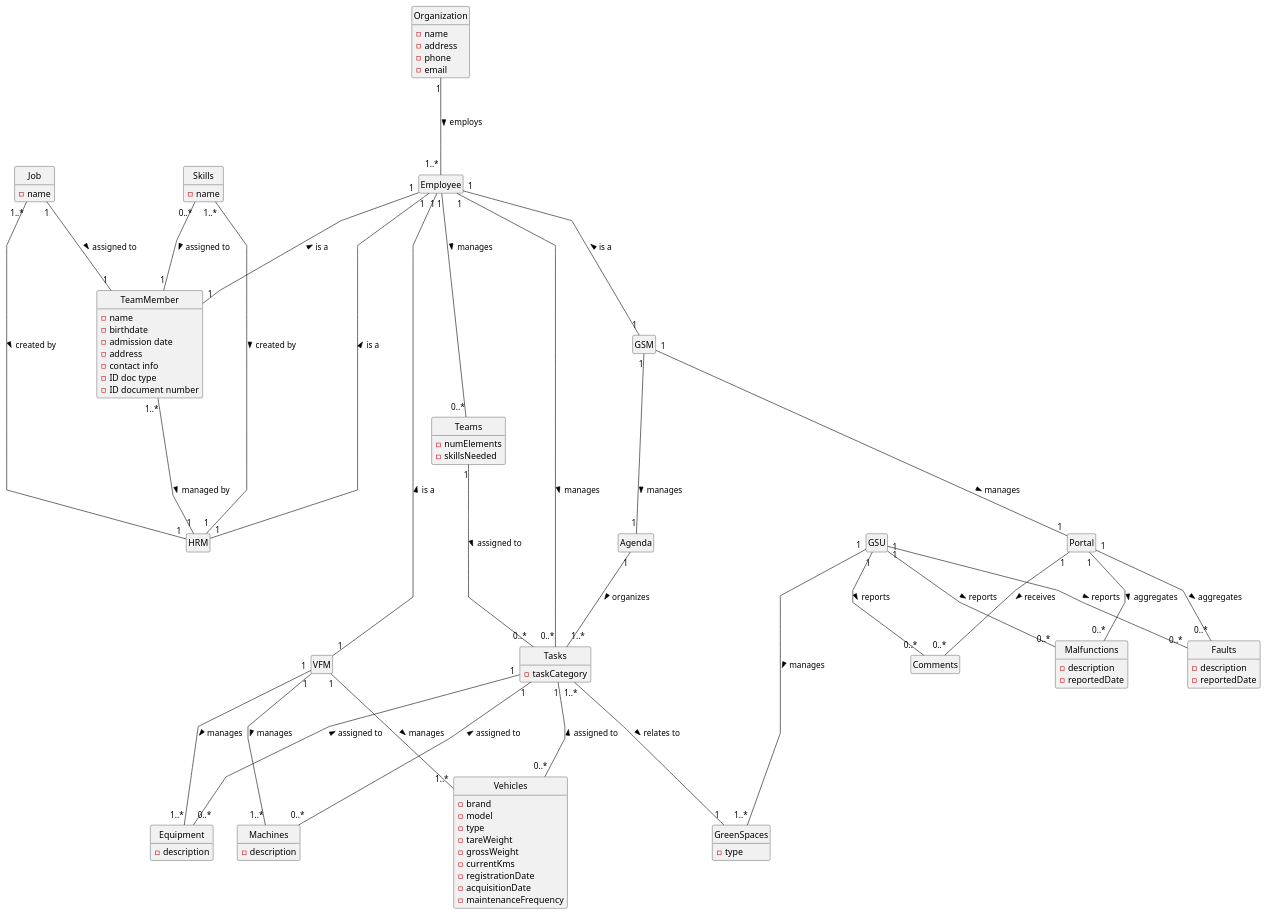
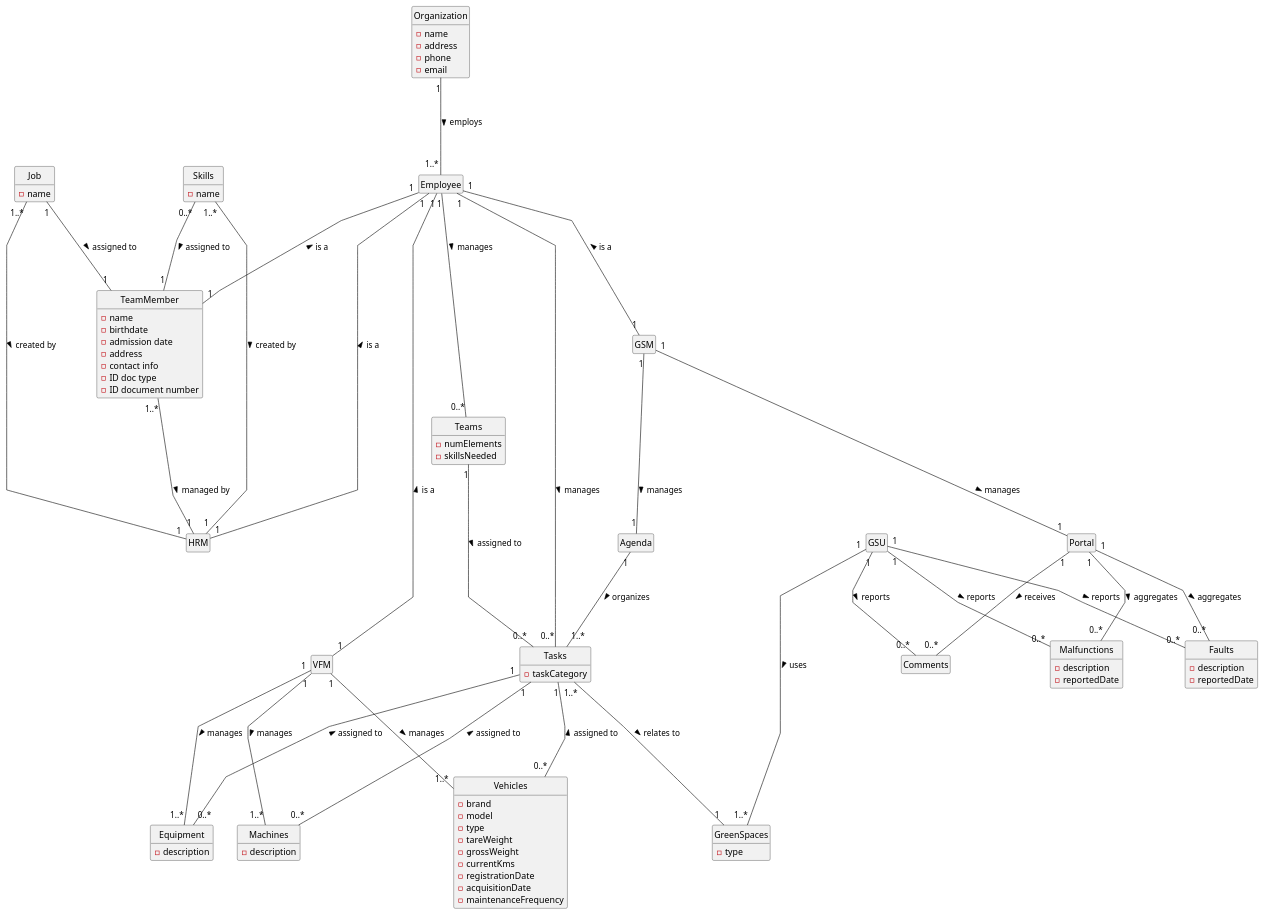
The diagram in docs/sprintA/global-artifacts/02.analysis/puml/project-domain-model.puml (Mendoncaa/LAPR2), drawn with PlantUML before and after one commit.

Commit message:
Domain Model update ( GSU use the Green Space)

```diff
--- a/docs/sprintA/global-artifacts/02.analysis/puml/project-domain-model.puml
+++ b/docs/sprintA/global-artifacts/02.analysis/puml/project-domain-model.puml
@@ -1,147 +1,147 @@
 @startuml
 
 hide methods
 hide circle
 hide empty attributes
 skinparam linetype polyline
 
 
 
 
 
 class Organization {
     -name
     -address
     -phone
     -email
 }
 
 class Employee {
 }
 
 class TeamMember {
    - name
    - birthdate
    - admission date
    - address
    - contact info
    - ID doc type
    - ID document number
 }
 
 class HRM {
 }
 
 class GSM {
 }
 
 class VFM {
 }
 
 class Job {
   - name
 }
 
 class Skills {
   - name 
 }
 
 class Teams {
   - numElements 
   - skillsNeeded
 }
 
 class Tasks {
   - taskCategory 
 }
 
 class Agenda {
   
 }
 
 class Malfunctions {
   - description 
   - reportedDate 
 }
 
 class GreenSpaces {
   - type 
 }
 
 class Equipment {
   - description 
 }
 
 class Vehicles {
   - brand 
   - model 
   - type 
   - tareWeight 
   - grossWeight 
   - currentKms 
   - registrationDate
   - acquisitionDate 
   - maintenanceFrequency 
 }
 
 class Machines {
   - description 
 }
 
 class GSU {
 }
 
 class Portal {
 }
 
 class Faults {
   - description 
   - reportedDate
 }
 
 class Comments {
 }
 
 
 Organization "1"---"1..*" Employee : employs >
 
 Employee "1"---"1" TeamMember : is a <
 Employee "1"---"0..*" Tasks: manages > 
 Employee "1"---"1" HRM : is a <
 Employee "1"---"1" GSM : is a <
 Employee "1"---"1" VFM : is a <
 Employee "1"---"0..*" Teams : manages >
 
 TeamMember "1..*"---"1" HRM : managed by >
 
 Skills "1..*"---"1" HRM : created by >
 Job "1..*"---"1" HRM : created by >
 Job "1"---"1" TeamMember: assigned to >
 Skills "0..*"---"1" TeamMember : assigned to > 
 
 
 Teams "1"---"0..*" Tasks : assigned to >
 Tasks "1..*"---"1" GreenSpaces : relates to >
 Agenda "1"---"1..*" Tasks : organizes >
 
 GSM "1"---"1" Portal : manages >
 GSM "1"---"1" Agenda : manages >
 
 VFM "1"---"1..*" Vehicles : manages >
 VFM "1"---"1..*" Machines : manages >
 VFM "1"---"1..*" Equipment : manages >
 
 Tasks "1"---"0..*" Vehicles : assigned to <
 Tasks "1"---"0..*" Machines : assigned to <
 Tasks "1"---"0..*" Equipment : assigned to <
 
 Portal "1"---"0..*" Malfunctions : aggregates >
 Portal "1"---"0..*" Faults : aggregates >
 Portal "1"---"0..*" Comments : receives  >
 
-GSU "1"---"1..*" GreenSpaces : manages >
+GSU "1"---"1..*" GreenSpaces : uses >
 GSU "1"---"0..*" Malfunctions : reports > 
 GSU "1"---"0..*" Faults : reports >
 GSU "1"---"0..*" Comments : reports >
 
 @enduml
```
